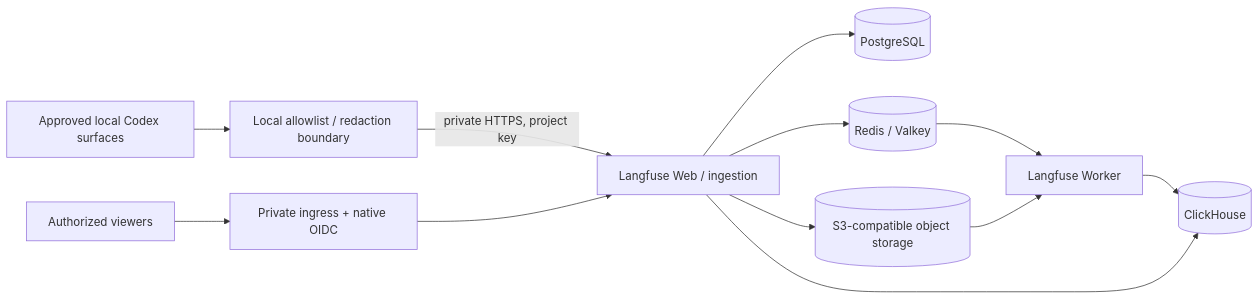
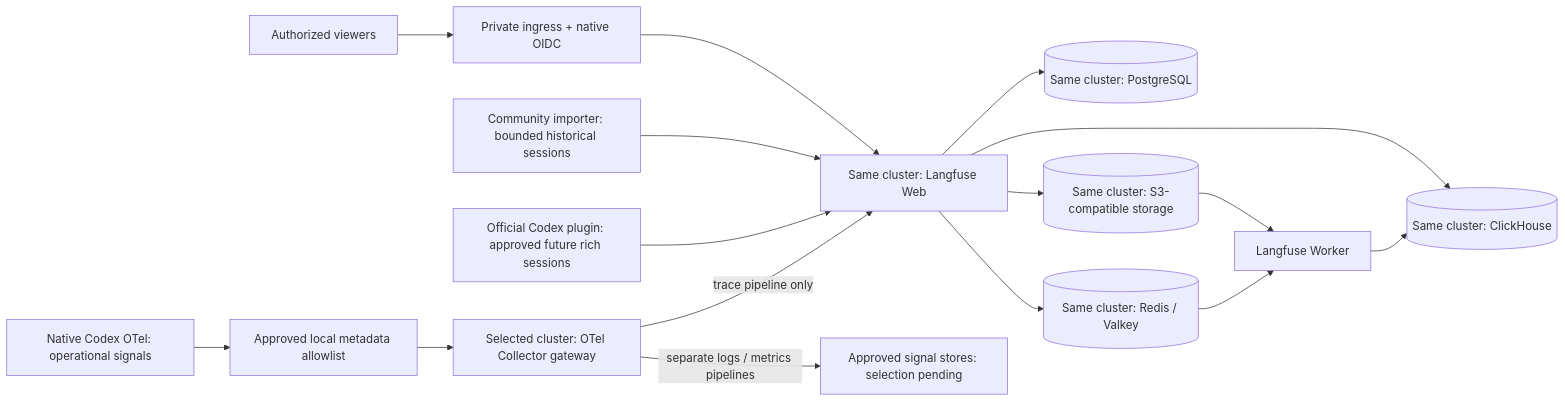
Before and after one commit to newdarwindev/dots-local-sidecar-cloud-infrastructure: the diagram in docs/langfuse-plan.md, drawn with Mermaid. The commit also changed other lines of this file and 3 other files, not shown here.

````diff
--- a/docs/langfuse-plan.md
+++ b/docs/langfuse-plan.md
@@ -13,14 +13,18 @@
 ```mermaid
 flowchart LR
-  C[Approved local Codex surfaces] --> F[Local allowlist / redaction boundary]
-  F -->|private HTTPS, project key| L[Langfuse Web / ingestion]
+  N[Native Codex OTel: operational signals] --> F[Approved local metadata allowlist]
+  F --> O[Selected cluster: OTel Collector gateway]
+  O -->|trace pipeline only| L[Same cluster: Langfuse Web]
+  O -->|separate logs / metrics pipelines| M[Approved signal stores: selection pending]
+  C[Official Codex plugin: approved future rich sessions] --> L
+  B[Community importer: bounded historical sessions] --> L
   U[Authorized viewers] --> I[Private ingress + native OIDC]
   I --> L
-  L --> P[(PostgreSQL)]
-  L --> S[(S3-compatible object storage)]
-  L --> R[(Redis / Valkey)]
+  L --> P[(Same cluster: PostgreSQL)]
+  L --> S[(Same cluster: S3-compatible storage)]
+  L --> R[(Same cluster: Redis / Valkey)]
   R --> W[Langfuse Worker]
   S --> W
-  W --> H[(ClickHouse)]
+  W --> H[(Same cluster: ClickHouse)]
   L --> H
 ```
````
